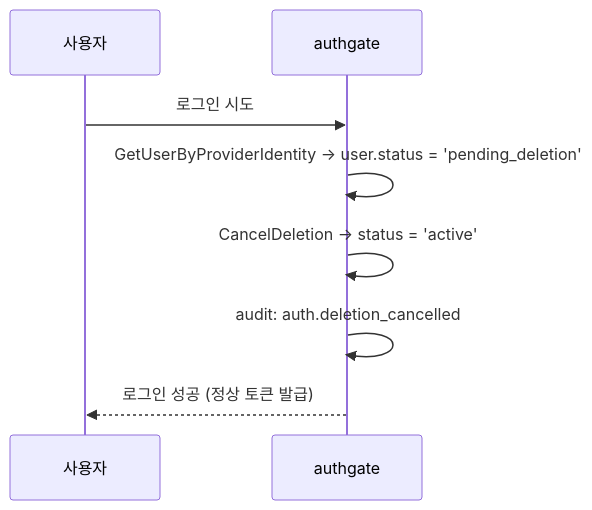
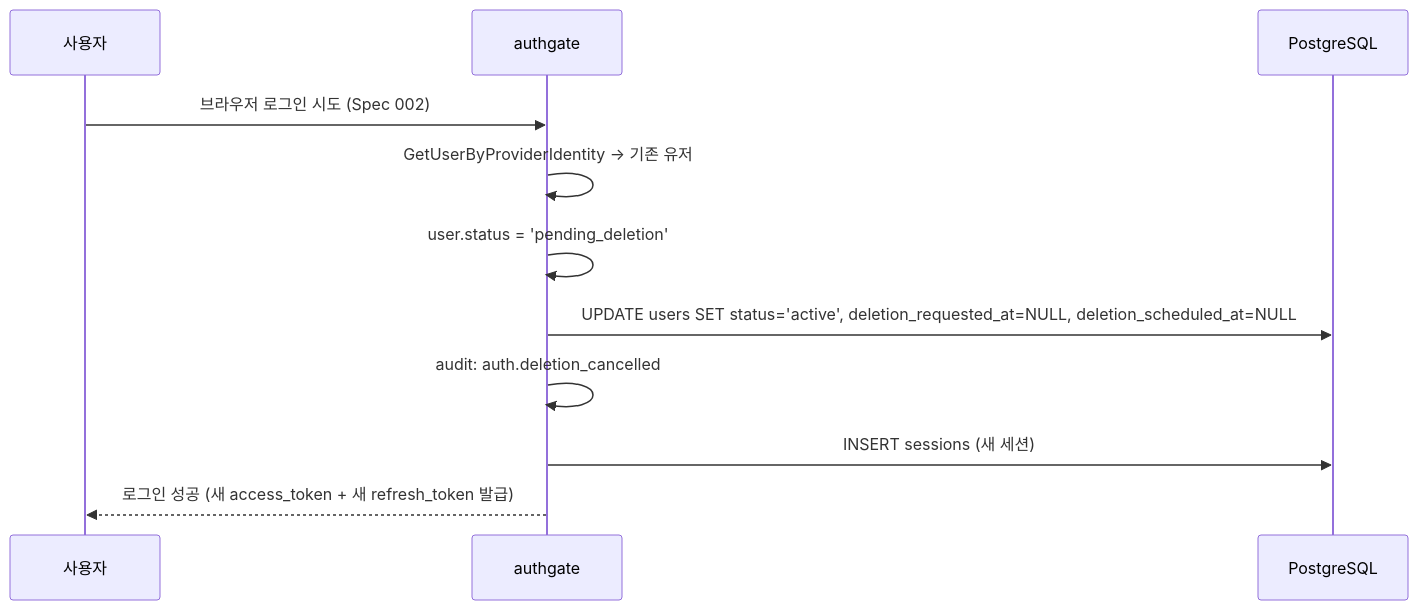
Before and after one commit to cagojeiger/authgate: the third of 3 diagrams in docs/spec/006-account-lifecycle.md, drawn with Mermaid. The commit also changed other lines of this file and 10 other files, not shown here.

````diff
--- a/docs/spec/006-account-lifecycle.md
+++ b/docs/spec/006-account-lifecycle.md
@@ -53,11 +80,14 @@
 ```mermaid
 sequenceDiagram
     participant U as 사용자
     participant AG as authgate
+    participant DB as PostgreSQL
 
-    U->>AG: 로그인 시도
-    AG->>AG: GetUserByProviderIdentity → user.status = 'pending_deletion'
-    AG->>AG: CancelDeletion → status = 'active'
+    U->>AG: 브라우저 로그인 시도 (Spec 002)
+    AG->>AG: GetUserByProviderIdentity → 기존 유저
+    AG->>AG: user.status = 'pending_deletion'
+    AG->>DB: UPDATE users SET status='active', deletion_requested_at=NULL, deletion_scheduled_at=NULL
     AG->>AG: audit: auth.deletion_cancelled
-    AG-->>U: 로그인 성공 (정상 토큰 발급)
+    AG->>DB: INSERT sessions (새 세션)
+    AG-->>U: 로그인 성공 (새 access_token + 새 refresh_token 발급)
 ```
````
